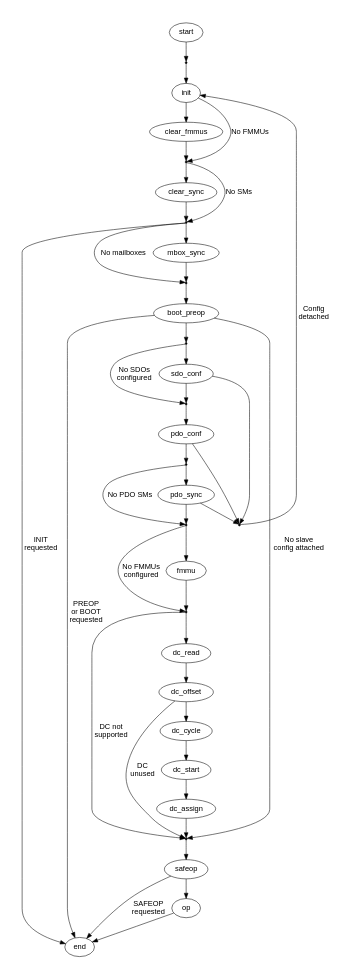
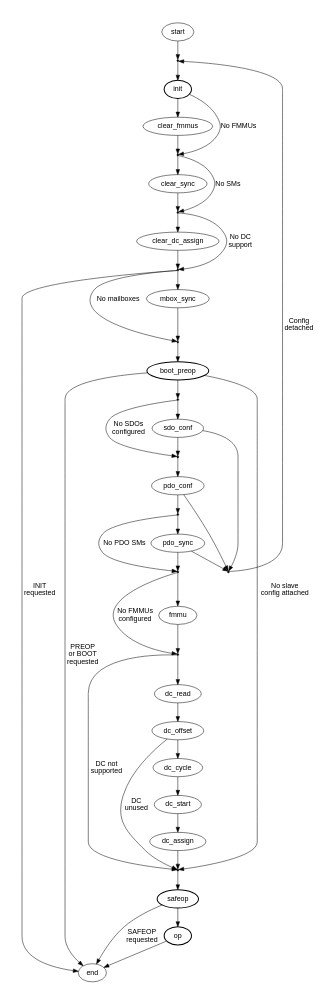
Before and after one commit to ribalda/ethercat: the diagram in documentation/graphs/fsm_slave_conf.dot, drawn with Graphviz. The commit also changed 2 other files, not shown here.

Commit message:
Clear DC assignment after going to INIT.

```diff
--- a/documentation/graphs/fsm_slave_conf.dot
+++ b/documentation/graphs/fsm_slave_conf.dot
@@ -1,107 +1,114 @@
 
 /* $Id$ */
 
 digraph slaveconf {
     size="3,5"
 
     start [fontname="Helvetica"]
     start -> enter_init [weight=10]
 
     enter_init [shape=point, label=""]
     enter_init -> init [weight=10]
 
     reconfigure [shape=point, label=""]
-    reconfigure -> init [fontname="Helvetica", label="Config\ndetached"]
+    reconfigure -> enter_init [fontname="Helvetica", label="Config\ndetached"]
 
-    init [fontname="Helvetica"]
+    init [fontname="Helvetica", style="bold"]
     init -> enter_clear_sync [fontname="Helvetica", label="No FMMUs"]
     init -> clear_fmmus [weight=10]
 
     clear_fmmus [fontname="Helvetica"]
     clear_fmmus -> enter_clear_sync [weight=10]
 
     enter_clear_sync [shape=point, label=""]
-    enter_clear_sync -> enter_mbox_sync [fontname="Helvetica", label="No SMs"]
+    enter_clear_sync -> enter_clear_dc_assign [fontname="Helvetica", label="No SMs"]
     enter_clear_sync -> clear_sync [weight=10]
 
     clear_sync [fontname="Helvetica"]
-    clear_sync -> enter_mbox_sync [weight=10]
+    clear_sync -> enter_clear_dc_assign [weight=10]
+
+    enter_clear_dc_assign [shape=point, label=""]
+    enter_clear_dc_assign -> enter_mbox_sync [fontname="Helvetica", label="No DC\nsupport"]
+    enter_clear_dc_assign -> clear_dc_assign [weight=10]
+
+    clear_dc_assign [fontname="Helvetica"]
+    clear_dc_assign -> enter_mbox_sync [weight=10]
 
     enter_mbox_sync [shape=point, label=""]
     enter_mbox_sync -> end [fontname="Helvetica", label="INIT\nrequested"]
     enter_mbox_sync -> enter_boot_preop [fontname="Helvetica", label="No mailboxes"]
     enter_mbox_sync -> mbox_sync [weight=10]
 
     mbox_sync [fontname="Helvetica"]
     mbox_sync -> enter_boot_preop [weight=10]
 
     enter_boot_preop [shape=point, label=""]
     enter_boot_preop -> boot_preop [weight=10]
 
-    boot_preop [fontname="Helvetica"]
+    boot_preop [fontname="Helvetica", style="bold"]
     boot_preop -> end [fontname="Helvetica", label="PREOP\nor BOOT\nrequested"]
     boot_preop -> enter_safeop [fontname="Helvetica", label="No slave\nconfig attached"]
     boot_preop -> enter_sdo_conf [weight=10]
 
     enter_sdo_conf [shape=point, label=""]
     enter_sdo_conf -> enter_pdo_conf [fontname="Helvetica", label="No SDOs\nconfigured"]
     enter_sdo_conf -> sdo_conf [weight=10]
 
     sdo_conf [fontname="Helvetica"]
     sdo_conf -> reconfigure
     sdo_conf -> enter_pdo_conf [weight=10]
 
     enter_pdo_conf [shape=point, label=""]
     enter_pdo_conf -> pdo_conf [weight=10]
 
     pdo_conf [fontname="Helvetica"]
     pdo_conf -> reconfigure
     pdo_conf -> enter_pdo_sync [weight=10]
 
     enter_pdo_sync [shape=point, label=""]
     enter_pdo_sync -> enter_fmmu [fontname="Helvetica", label="No PDO SMs"]
     enter_pdo_sync -> pdo_sync [weight=10]
 
     pdo_sync [fontname="Helvetica"]
     pdo_sync -> reconfigure
     pdo_sync -> enter_fmmu [weight=10]
 
     enter_fmmu [shape=point,label=""]
     enter_fmmu -> enter_dc_read [fontname="Helvetica", label="No FMMUs\nconfigured"]
     enter_fmmu -> fmmu [weight=10]
 
     fmmu [fontname="Helvetica"]
     fmmu -> enter_dc_read [weight=10]
 
     enter_dc_read [shape=point,label=""]
     enter_dc_read -> dc_read [weight=10]
     enter_dc_read -> enter_safeop [fontname="Helvetica", label="DC not\nsupported"]
 
     dc_read [fontname="Helvetica"]
     dc_read -> dc_offset [weight=10]
 
     dc_offset [fontname="Helvetica"]
     dc_offset -> dc_cycle [weight=10]
     dc_offset -> enter_safeop [fontname="Helvetica", label="DC\nunused"]
 
     dc_cycle [fontname="Helvetica"]
     dc_cycle -> dc_start [weight=10]
 
     dc_start [fontname="Helvetica"]
     dc_start -> dc_assign [weight=10]
 
     dc_assign [fontname="Helvetica"]
     dc_assign -> enter_safeop [weight=10]
 
     enter_safeop [shape=point,label=""]
     enter_safeop -> safeop [weight=10]
 
-    safeop [fontname="Helvetica"]
+    safeop [fontname="Helvetica", style="bold"]
     safeop -> end [fontname="Helvetica", label="SAFEOP\nrequested"]
     safeop -> op [weight=10]
 
-    op [fontname="Helvetica"]
-    op -> end// [weight=10]
+    op [fontname="Helvetica", style="bold"]
+    op -> end
 
     end [fontname="Helvetica"]
 }
```
